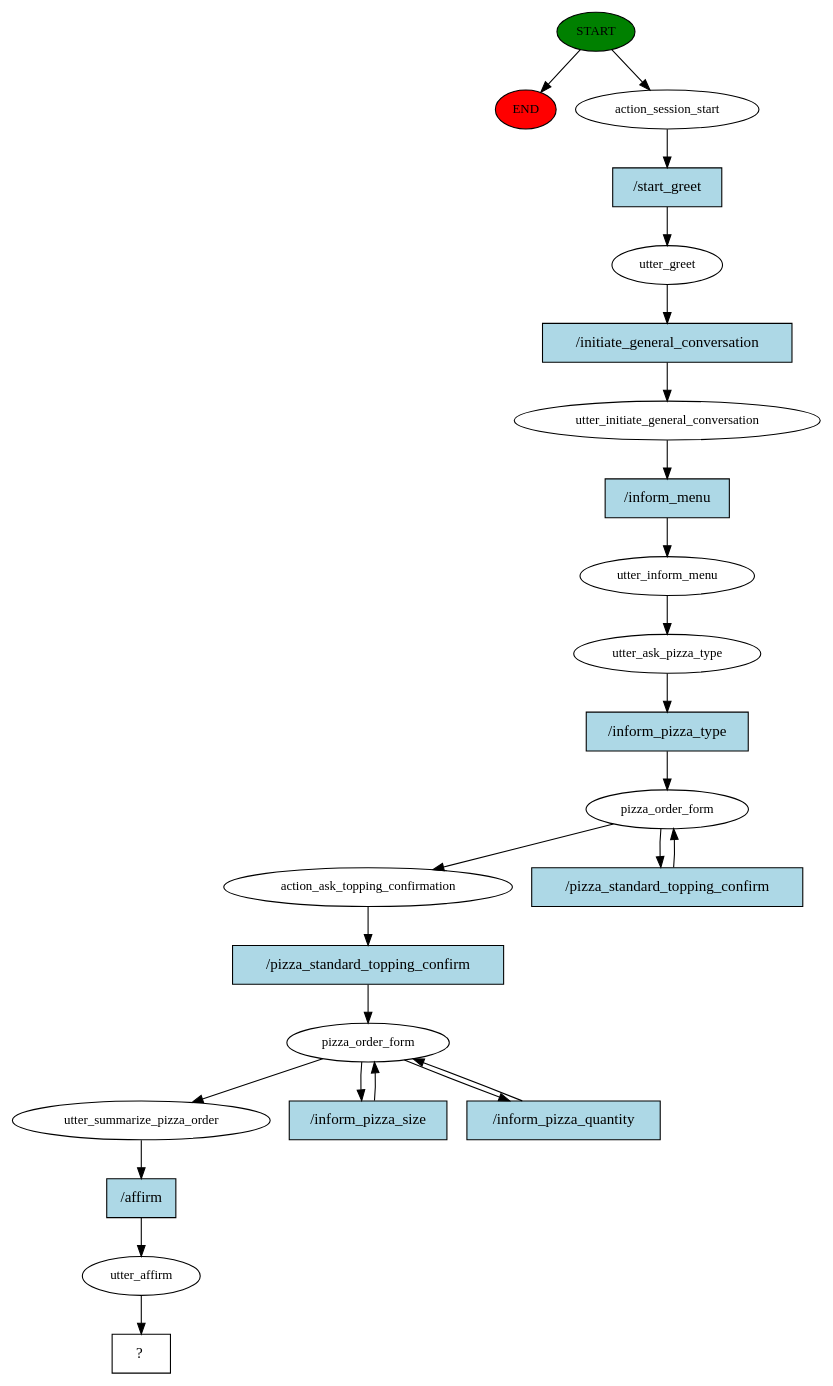
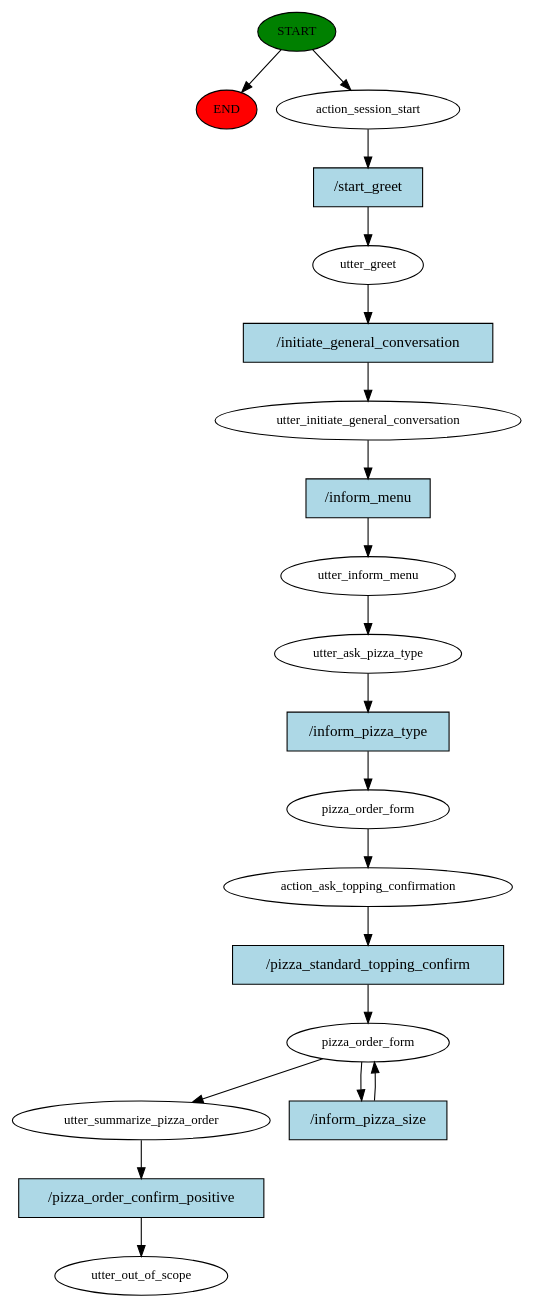
The diagram in story_graph.dot (HiraAfzal9978/HMD-PizzaBot), drawn with Graphviz before and after one commit. The commit also changed 2 other files, not shown here.

```diff
--- a/story_graph.dot
+++ b/story_graph.dot
@@ -1,48 +1,40 @@
 digraph  {
 0 [class="start active", fillcolor=green, fontsize=12, label=START, style=filled];
 "-1" [class=end, fillcolor=red, fontsize=12, label=END, style=filled];
 1 [class=active, fontsize=12, label=action_session_start];
 2 [class=active, fontsize=12, label=utter_greet];
 3 [class=active, fontsize=12, label=utter_initiate_general_conversation];
 4 [class=active, fontsize=12, label=utter_inform_menu];
 5 [class=active, fontsize=12, label=utter_ask_pizza_type];
 6 [class=active, fontsize=12, label=pizza_order_form];
-8 [class=active, fontsize=12, label=action_ask_topping_confirmation];
-9 [class=active, fontsize=12, label=pizza_order_form];
-12 [class=active, fontsize=12, label=utter_summarize_pizza_order];
-13 [class=active, fontsize=12, label=utter_affirm];
-14 [class="intent dashed active", label="  ?  ", shape=rect];
-15 [class="intent active", fillcolor=lightblue, label="/start_greet", shape=rect, style=filled];
-16 [class="intent active", fillcolor=lightblue, label="/initiate_general_conversation", shape=rect, style=filled];
-17 [class="intent active", fillcolor=lightblue, label="/inform_menu", shape=rect, style=filled];
-18 [class="intent active", fillcolor=lightblue, label="/inform_pizza_type", shape=rect, style=filled];
-19 [class="intent active", fillcolor=lightblue, label="/pizza_standard_topping_confirm", shape=rect, style=filled];
-20 [class="intent active", fillcolor=lightblue, label="/pizza_standard_topping_confirm", shape=rect, style=filled];
-21 [class="intent active", fillcolor=lightblue, label="/inform_pizza_size", shape=rect, style=filled];
-22 [class="intent active", fillcolor=lightblue, label="/inform_pizza_quantity", shape=rect, style=filled];
-23 [class="intent active", fillcolor=lightblue, label="/affirm", shape=rect, style=filled];
+7 [class=active, fontsize=12, label=action_ask_topping_confirmation];
+8 [class=active, fontsize=12, label=pizza_order_form];
+10 [class=active, fontsize=12, label=utter_summarize_pizza_order];
+11 [class="dashed active", fontsize=12, label=utter_out_of_scope];
+12 [class="intent active", fillcolor=lightblue, label="/start_greet", shape=rect, style=filled];
+13 [class="intent active", fillcolor=lightblue, label="/initiate_general_conversation", shape=rect, style=filled];
+14 [class="intent active", fillcolor=lightblue, label="/inform_menu", shape=rect, style=filled];
+15 [class="intent active", fillcolor=lightblue, label="/inform_pizza_type", shape=rect, style=filled];
+16 [class="intent active", fillcolor=lightblue, label="/pizza_standard_topping_confirm", shape=rect, style=filled];
+17 [class="intent active", fillcolor=lightblue, label="/inform_pizza_size", shape=rect, style=filled];
+18 [class="intent active", fillcolor=lightblue, label="/pizza_order_confirm_positive", shape=rect, style=filled];
 0 -> "-1"  [class="", key=NONE, label=""];
 0 -> 1  [class=active, key=NONE, label=""];
-1 -> 15  [class=active, key=0];
-2 -> 16  [class=active, key=0];
-3 -> 17  [class=active, key=0];
+1 -> 12  [class=active, key=0];
+2 -> 13  [class=active, key=0];
+3 -> 14  [class=active, key=0];
 4 -> 5  [class=active, key=NONE, label=""];
-5 -> 18  [class=active, key=0];
-6 -> 8  [class=active, key=NONE, label=""];
-6 -> 19  [class=active, key=0];
-8 -> 20  [class=active, key=0];
-9 -> 12  [class=active, key=NONE, label=""];
-9 -> 21  [class=active, key=0];
-9 -> 22  [class=active, key=0];
-12 -> 23  [class=active, key=0];
-13 -> 14  [class=active, key=NONE, label=""];
-15 -> 2  [class=active, key=0];
-16 -> 3  [class=active, key=0];
-17 -> 4  [class=active, key=0];
-18 -> 6  [class=active, key=0];
-19 -> 6  [class=active, key=0];
-20 -> 9  [class=active, key=0];
-21 -> 9  [class=active, key=0];
-22 -> 9  [class=active, key=0];
-23 -> 13  [class=active, key=0];
+5 -> 15  [class=active, key=0];
+6 -> 7  [class=active, key=NONE, label=""];
+7 -> 16  [class=active, key=0];
+8 -> 10  [class=active, key=NONE, label=""];
+8 -> 17  [class=active, key=0];
+10 -> 18  [class=active, key=0];
+12 -> 2  [class=active, key=0];
+13 -> 3  [class=active, key=0];
+14 -> 4  [class=active, key=0];
+15 -> 6  [class=active, key=0];
+16 -> 8  [class=active, key=0];
+17 -> 8  [class=active, key=0];
+18 -> 11  [class=active, key=0];
 }
```
